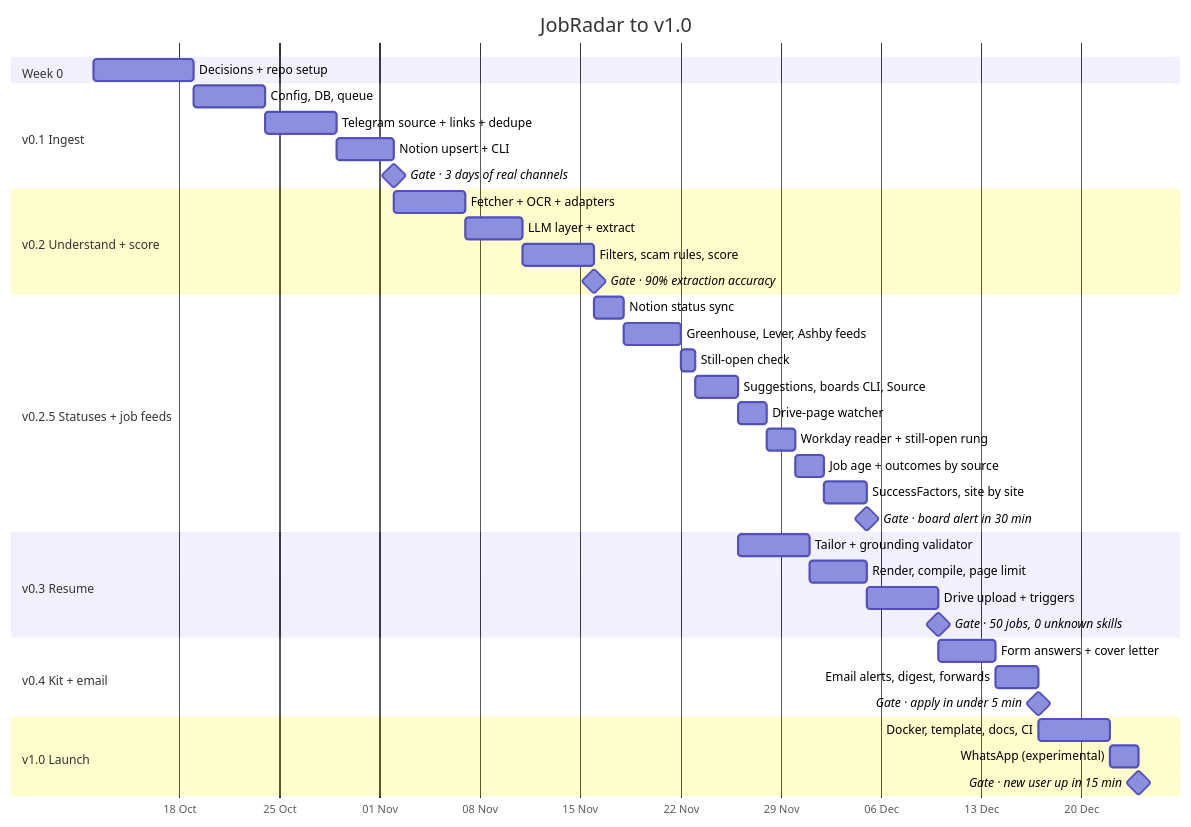
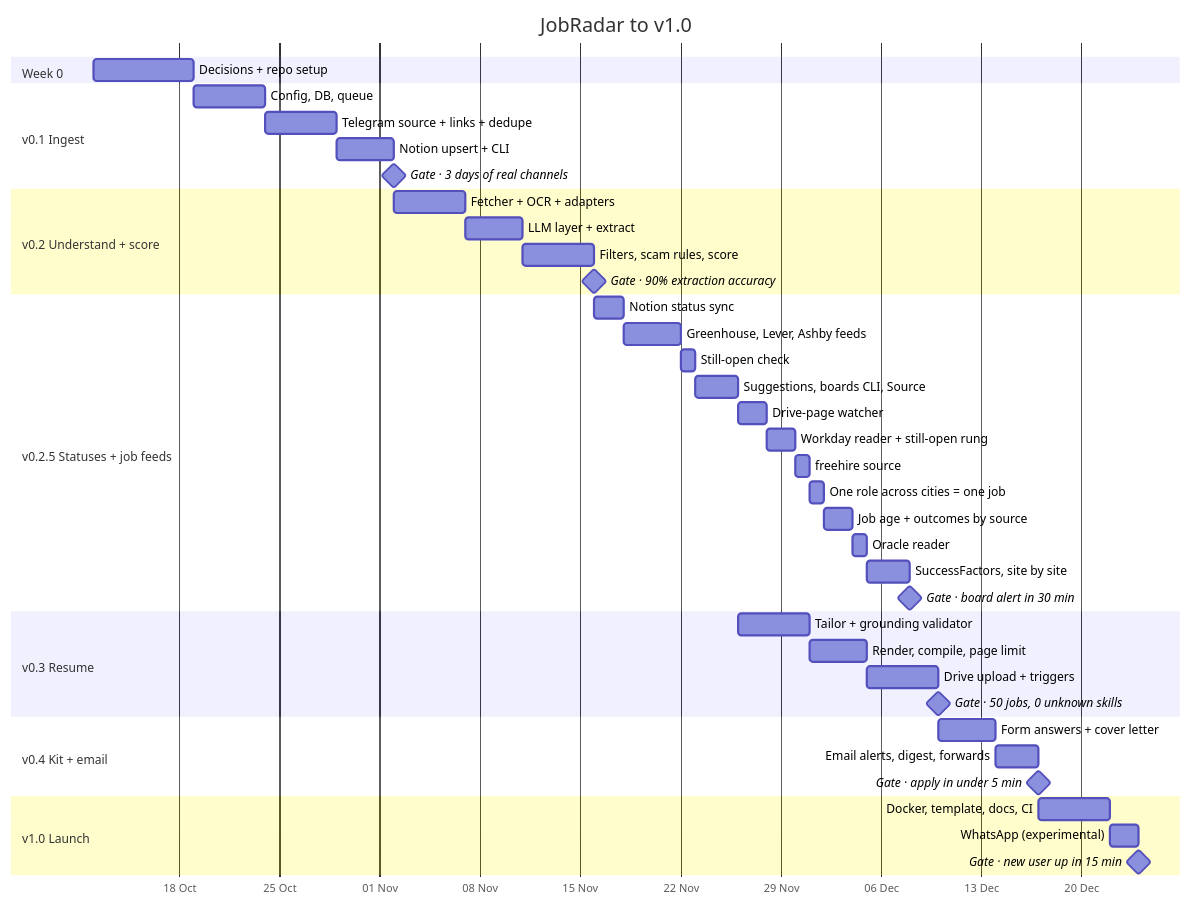
One commit to ThePlator/JobRadar changed the first of 2 diagrams in PLAN.md. Above: the diagram before and after it, drawn with Mermaid. The commit also changed other lines of this file, not shown here.

First line of the commit message:
Plan: freehire source, one role across cities, Oracle reader

````diff
--- a/PLAN.md
+++ b/PLAN.md
@@ -9,48 +9,51 @@
 ```mermaid
 gantt
     title JobRadar to v1.0
     dateFormat YYYY-MM-DD
     axisFormat %d %b
 
     section Week 0
     Decisions + repo setup           :w0, 2026-10-12, 7d
 
     section v0.1 Ingest
     Config, DB, queue                :a1, after w0, 5d
     Telegram source + links + dedupe :a2, after a1, 5d
     Notion upsert + CLI              :a3, after a2, 4d
     Gate · 3 days of real channels    :milestone, g1, after a3, 0d
 
     section v0.2 Understand + score
     Fetcher + OCR + adapters         :b1, after a3, 5d
     LLM layer + extract              :b2, after b1, 4d
     Filters, scam rules, score       :b3, after b2, 5d
     Gate · 90% extraction accuracy    :milestone, g2, after b3, 0d
 
     section v0.2.5 Statuses + job feeds
     Notion status sync               :f1, after b3, 2d
     Greenhouse, Lever, Ashby feeds   :f2, after f1, 4d
     Still-open check                 :f4, after f2, 1d
     Suggestions, boards CLI, Source  :f3, after f4, 3d
     Drive-page watcher               :f5, after f3, 2d
     Workday reader + still-open rung :f6, after f5, 2d
-    Job age + outcomes by source     :f7, after f6, 2d
-    SuccessFactors, site by site     :f8, after f7, 3d
+    freehire source                  :f9, after f6, 1d
+    One role across cities = one job :f10, after f9, 1d
+    Job age + outcomes by source     :f7, after f10, 2d
+    Oracle reader                    :f11, after f7, 1d
+    SuccessFactors, site by site     :f8, after f11, 3d
     Gate · board alert in 30 min      :milestone, gf, after f8, 0d
 
     section v0.3 Resume
     Tailor + grounding validator     :c1, after f3, 5d
     Render, compile, page limit      :c2, after c1, 4d
     Drive upload + triggers          :c3, after c2, 5d
     Gate · 50 jobs, 0 unknown skills  :milestone, g3, after c3, 0d
 
     section v0.4 Kit + email
     Form answers + cover letter      :d1, after c3, 4d
     Email alerts, digest, forwards   :d2, after d1, 3d
     Gate · apply in under 5 min       :milestone, g4, after d2, 0d
 
     section v1.0 Launch
     Docker, template, docs, CI       :e1, after d2, 5d
     WhatsApp (experimental)          :e2, after e1, 2d
     Gate · new user up in 15 min      :milestone, g5, after e2, 0d
 ```
````
